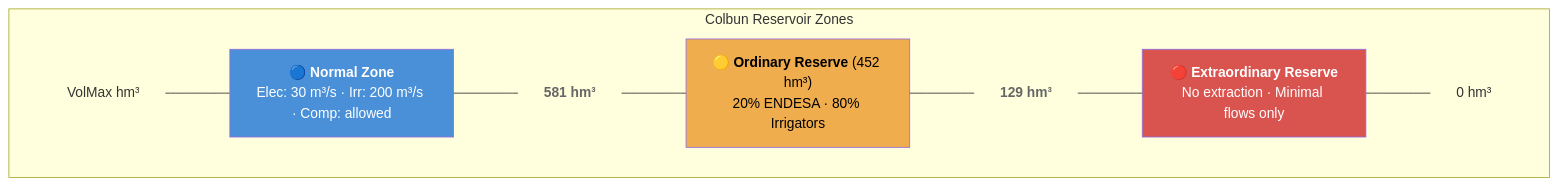
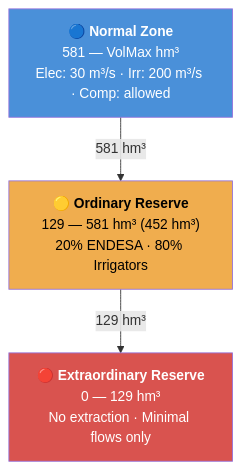
One commit to marcelomatus/gtopt changed the fourth of 4 diagrams in scripts/plp2gtopt/templates/maule.md. Above: the diagram before and after it, drawn with Mermaid. The commit also changed 1 other file, not shown here.

Commit message:
fix: simplify volume zone mermaid diagrams to clean vertical stacks
Remove invisible spacer nodes and subgraph wrappers. Zones now stack
directly with volume boundaries shown as edge labels, making the
vertical layout cleaner and more compact.

````diff
--- a/scripts/plp2gtopt/templates/maule.md
+++ b/scripts/plp2gtopt/templates/maule.md
@@ -312,22 +312,12 @@
 ```mermaid
 graph TD
-    subgraph "Colbun Reservoir Zones"
-        TOP["VolMax hm³"] --- NORMAL
-        NORMAL["🔵 <b>Normal Zone</b><br/>Elec: 30 m³/s · Irr: 200 m³/s · Comp: allowed"]
-        NORMAL --- MID["581 hm³"]
-        MID --- ORDINARY
-        ORDINARY["🟡 <b>Ordinary Reserve</b> (452 hm³)<br/>20% ENDESA · 80% Irrigators"]
-        ORDINARY --- LOW["129 hm³"]
-        LOW --- EXTRA
-        EXTRA["🔴 <b>Extraordinary Reserve</b><br/>No extraction · Minimal flows only"]
-        EXTRA --- BOT["0 hm³"]
-    end
+    NORMAL["🔵 <b>Normal Zone</b><br/>581 — VolMax hm³<br/>Elec: 30 m³/s · Irr: 200 m³/s · Comp: allowed"]
+    NORMAL -->|"581 hm³"| ORDINARY
+    ORDINARY["🟡 <b>Ordinary Reserve</b><br/>129 — 581 hm³ (452 hm³)<br/>20% ENDESA · 80% Irrigators"]
+    ORDINARY -->|"129 hm³"| EXTRA
+    EXTRA["🔴 <b>Extraordinary Reserve</b><br/>0 — 129 hm³<br/>No extraction · Minimal flows only"]
 
     style NORMAL fill:#4a90d9,color:#fff
     style ORDINARY fill:#f0ad4e,color:#000
     style EXTRA fill:#d9534f,color:#fff
-    style TOP fill:none,stroke:none,color:#333
-    style MID fill:none,stroke:none,color:#666,font-weight:bold
-    style LOW fill:none,stroke:none,color:#666,font-weight:bold
-    style BOT fill:none,stroke:none,color:#333
 ```
````
